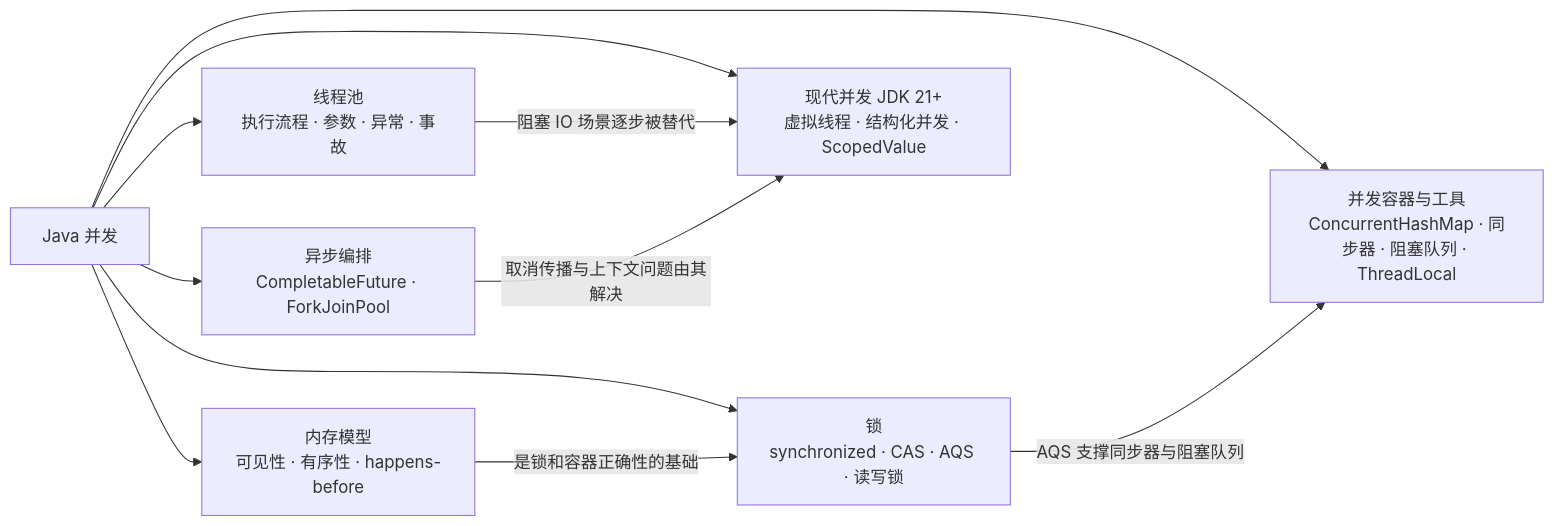
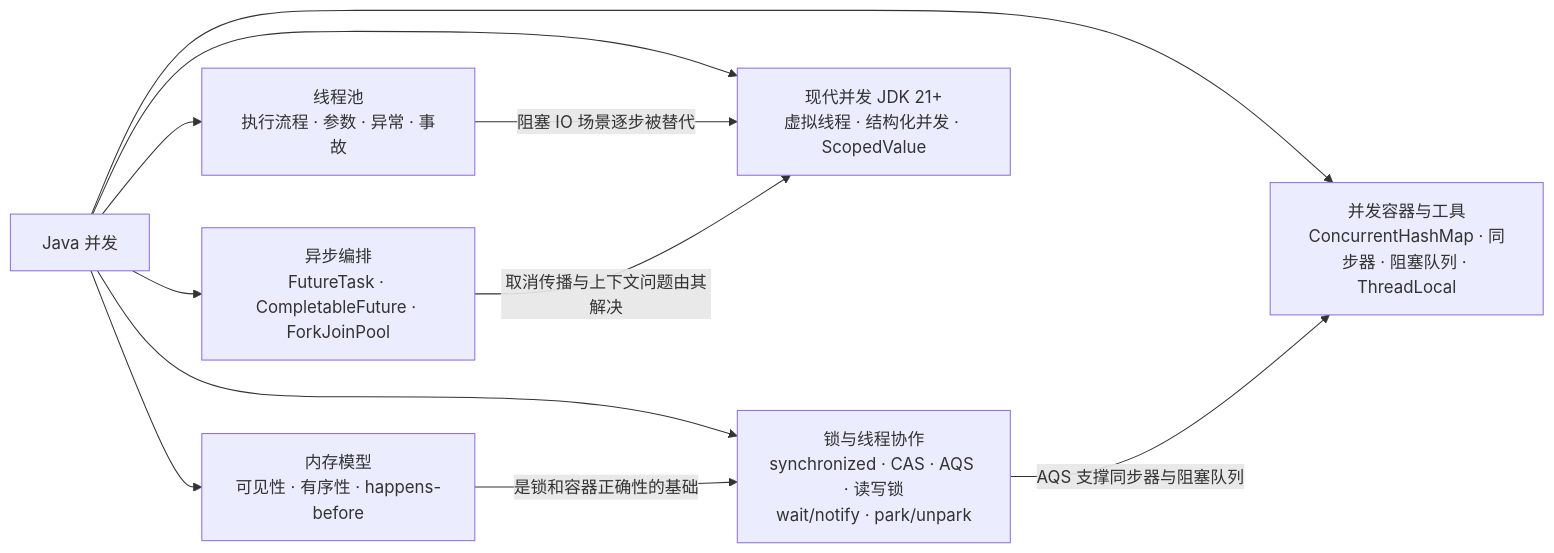
The first of 25 diagrams in 01-Java核心/03-Java并发.md (liulangjietou/interview), drawn with Mermaid before and after one commit. The commit also changed other lines of this file and 4 other files, not shown here.

````diff
--- a/01-Java核心/03-Java并发.md
+++ b/01-Java核心/03-Java并发.md
@@ -10,13 +10,13 @@
 ```mermaid
 flowchart LR
     ROOT["Java 并发"] --> JMM["内存模型<br/>可见性 · 有序性 · happens-before"]
-    ROOT --> LOCK["锁<br/>synchronized · CAS · AQS · 读写锁"]
+    ROOT --> LOCK["锁与线程协作<br/>synchronized · CAS · AQS · 读写锁<br/>wait/notify · park/unpark"]
     ROOT --> POOL["线程池<br/>执行流程 · 参数 · 异常 · 事故"]
     ROOT --> TOOLS["并发容器与工具<br/>ConcurrentHashMap · 同步器 · 阻塞队列 · ThreadLocal"]
-    ROOT --> ASYNC["异步编排<br/>CompletableFuture · ForkJoinPool"]
+    ROOT --> ASYNC["异步编排<br/>FutureTask · CompletableFuture · ForkJoinPool"]
     ROOT --> MODERN["现代并发 JDK 21+<br/>虚拟线程 · 结构化并发 · ScopedValue"]
     JMM -->|"是锁和容器正确性的基础"| LOCK
     LOCK -->|"AQS 支撑同步器与阻塞队列"| TOOLS
     POOL -->|"阻塞 IO 场景逐步被替代"| MODERN
     ASYNC -->|"取消传播与上下文问题由其解决"| MODERN
 ```
````
